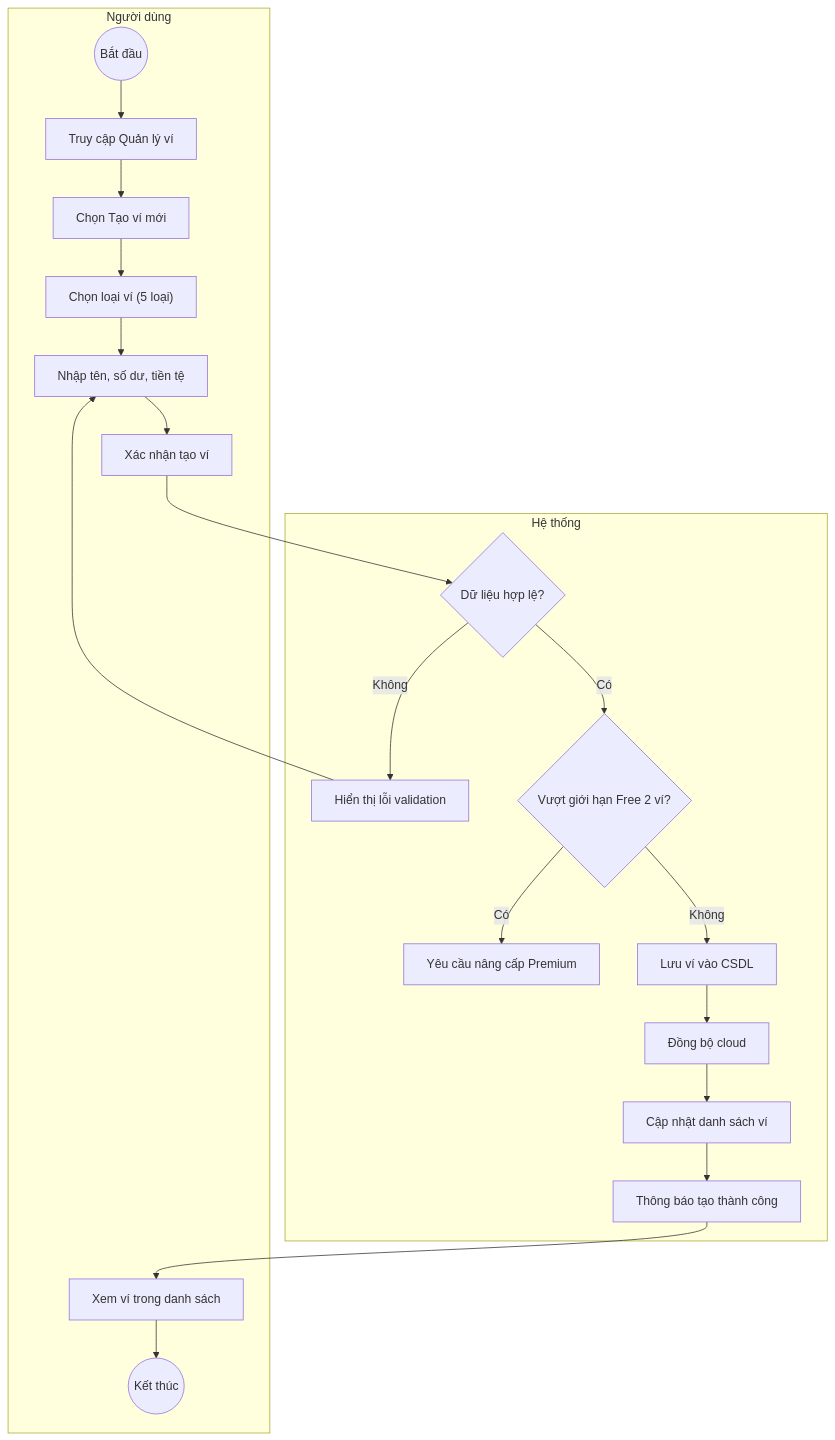
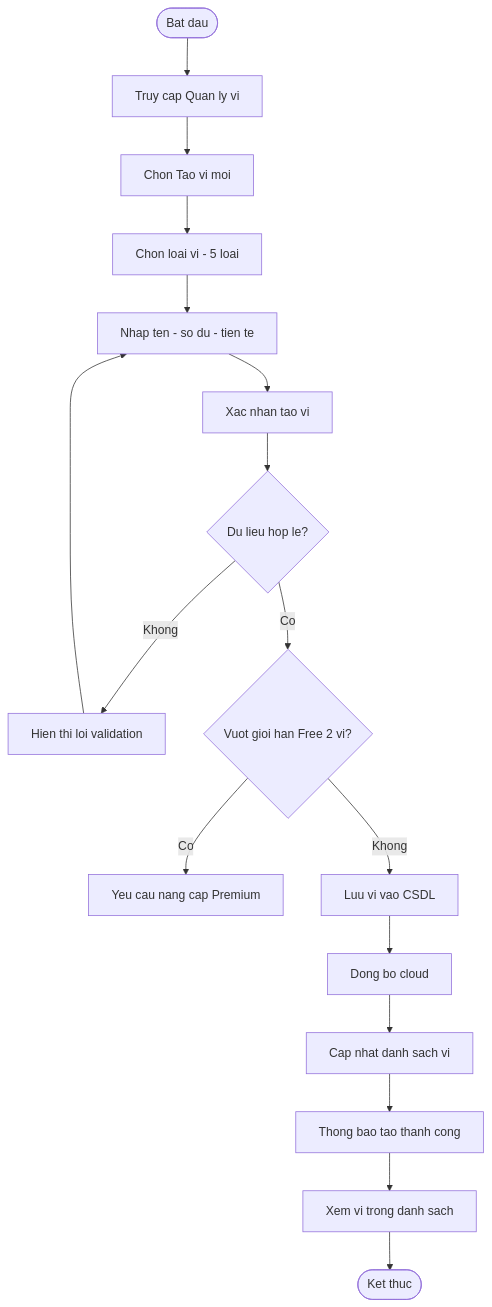
The third of 10 diagrams in Nghiên cứu MISA MoneyKeeper.md (Hieu-vn/Graduation-Thesis), drawn with Mermaid before and after one commit. The commit also changed other lines of this file, not shown here.

First line of the commit message:
fix: Fix all 10 mermaid diagrams QT01-QT10 for GitHub rendering

````diff
--- a/Nghiên cứu MISA MoneyKeeper.md
+++ b/Nghiên cứu MISA MoneyKeeper.md
@@ -99,22 +90,18 @@
 ```mermaid
 flowchart TD
-    subgraph "Người dùng"
-        A((Bắt đầu)) --> B[Truy cập Quản lý ví]
-        B --> C[Chọn Tạo ví mới]
-        C --> D["Chọn loại ví (5 loại)"]
-        D --> E["Nhập tên, số dư, tiền tệ"]
-        E --> F[Xác nhận tạo ví]
-        L[Xem ví trong danh sách] --> M((Kết thúc))
-    end
-    subgraph "Hệ thống"
-        F --> G{Dữ liệu hợp lệ?}
-        G -->|Không| G2[Hiển thị lỗi validation] --> E
-        G -->|Có| H{Vượt giới hạn Free 2 ví?}
-        H -->|Có| H2[Yêu cầu nâng cấp Premium]
-        H -->|Không| I[Lưu ví vào CSDL]
-        I --> J[Đồng bộ cloud]
-        J --> K[Cập nhật danh sách ví]
-        K --> K2[Thông báo tạo thành công]
-    end
-    K2 --> L
+    A([Bat dau]) --> B[Truy cap Quan ly vi]
+    B --> C[Chon Tao vi moi]
+    C --> D[Chon loai vi - 5 loai]
+    D --> E[Nhap ten - so du - tien te]
+    E --> F[Xac nhan tao vi]
+    F --> G{Du lieu hop le?}
+    G -->|Khong| G2[Hien thi loi validation] --> E
+    G -->|Co| H{Vuot gioi han Free 2 vi?}
+    H -->|Co| H2[Yeu cau nang cap Premium]
+    H -->|Khong| I[Luu vi vao CSDL]
+    I --> J[Dong bo cloud]
+    J --> K[Cap nhat danh sach vi]
+    K --> K2[Thong bao tao thanh cong]
+    K2 --> L[Xem vi trong danh sach]
+    L --> M([Ket thuc])
 ```
````
